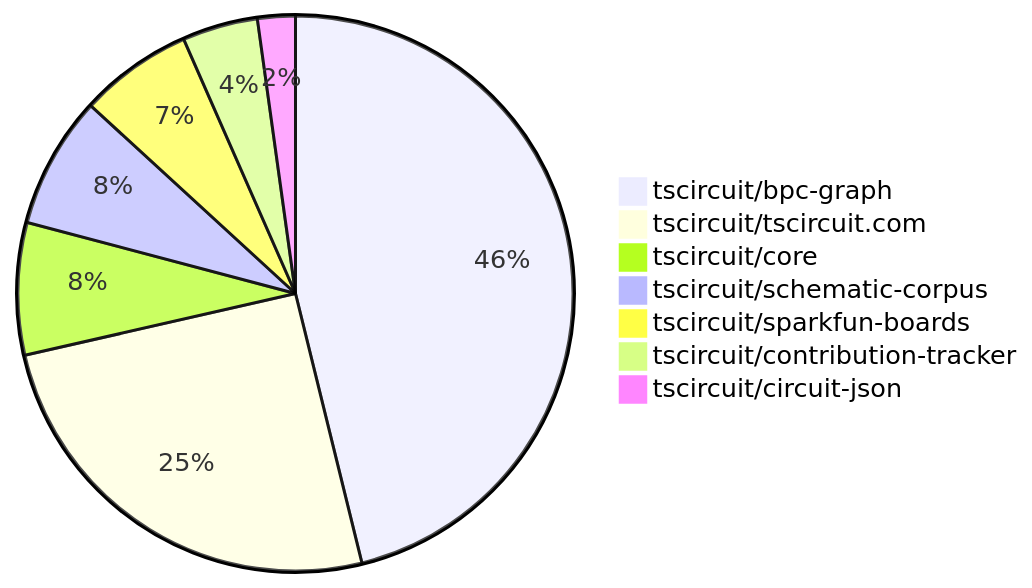
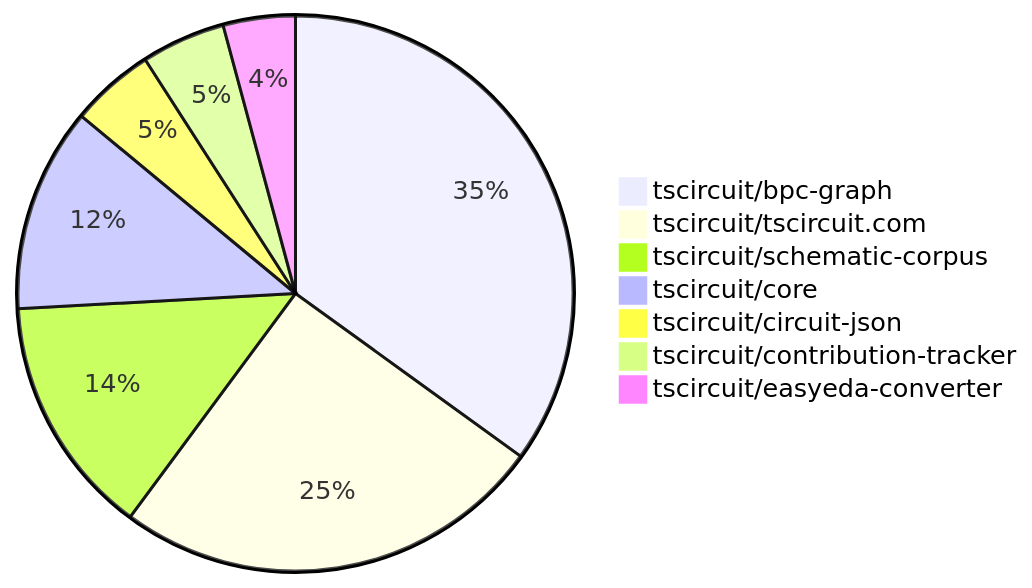
The second of 2 diagrams in contribution-overviews/2025-07-02.md (tscircuit/contribution-tracker), drawn with Mermaid before and after one commit. The commit also changed other lines of this file and 3 other files, not shown here.

````diff
--- a/contribution-overviews/2025-07-02.md
+++ b/contribution-overviews/2025-07-02.md
@@ -72,10 +77,10 @@
 ```mermaid
 pie
-    "tscircuit/bpc-graph" : 42
-    "tscircuit/tscircuit.com" : 23
-    "tscircuit/core" : 7
-    "tscircuit/schematic-corpus" : 7
-    "tscircuit/sparkfun-boards" : 6
-    "tscircuit/contribution-tracker" : 4
-    "tscircuit/circuit-json" : 2
+    "tscircuit/bpc-graph" : 50
+    "tscircuit/tscircuit.com" : 36
+    "tscircuit/schematic-corpus" : 20
+    "tscircuit/core" : 17
+    "tscircuit/circuit-json" : 7
+    "tscircuit/contribution-tracker" : 7
+    "tscircuit/easyeda-converter" : 6
 ```
````
